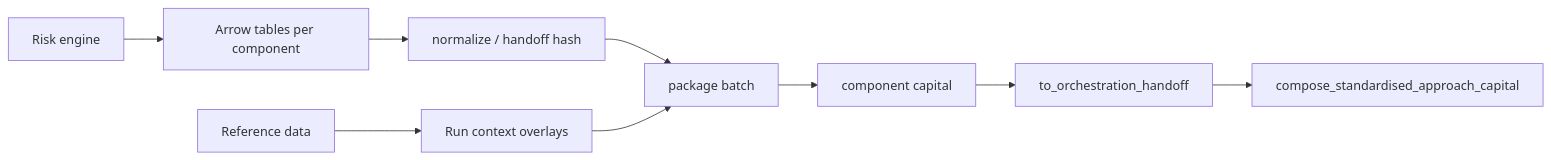
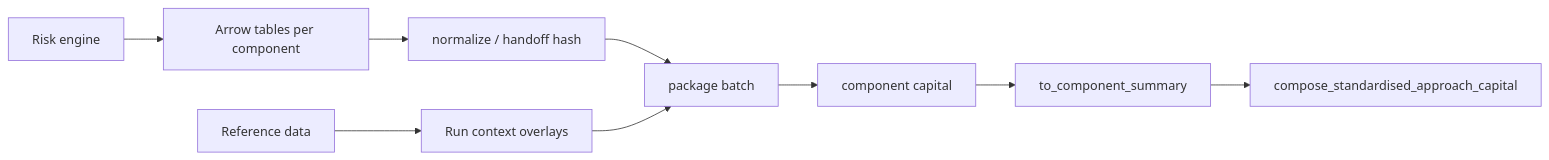
Before and after one commit to tomanizer/frtb-capital: the diagram in docs/CLIENT_INTEGRATION.md, drawn with Mermaid. The commit also changed other lines of this file and 112 other files, not shown here.

````diff
--- a/docs/CLIENT_INTEGRATION.md
+++ b/docs/CLIENT_INTEGRATION.md
@@ -59,11 +59,11 @@
 ```mermaid
 flowchart LR
     risk["Risk engine"] --> tables["Arrow tables per component"]
     reference["Reference data"] --> context["Run context overlays"]
     tables --> normalize["normalize / handoff hash"]
     normalize --> batch["package batch"]
     context --> batch
     batch --> capital["component capital"]
-    capital --> handoff["to_orchestration_handoff"]
+    capital --> handoff["to_component_summary"]
     handoff --> sa["compose_standardised_approach_capital"]
 ```
````
